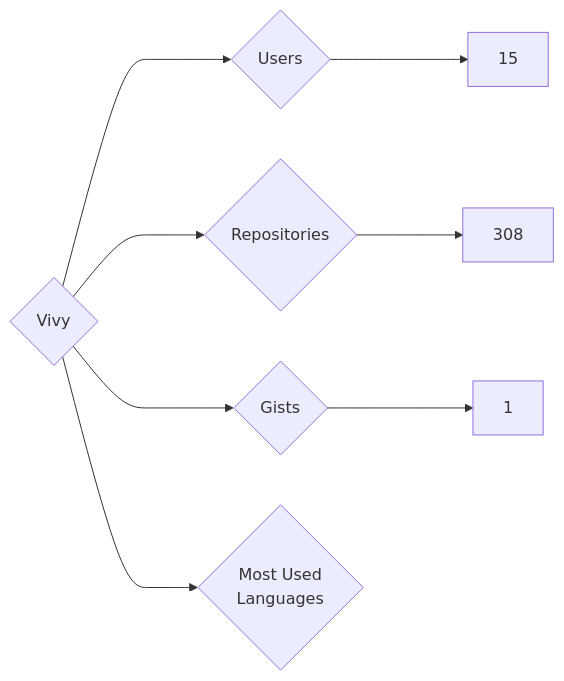
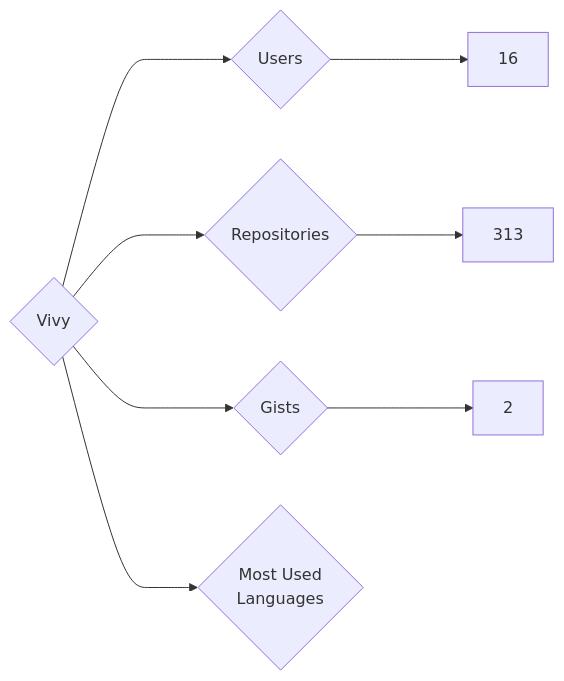
One commit to nenadzaric/insiders changed the diagram in targets/Vivy/README.md. Above: the diagram before and after it, drawn with Mermaid. The commit also changed 1342 other files, not shown here.

````diff
--- a/targets/Vivy/README.md
+++ b/targets/Vivy/README.md
@@ -3,8 +3,8 @@
 ```mermaid
 graph LR
 COMPANY_NAME{Vivy}
-COMPANY_NAME ---> U{Users} ---> UN[15]
-COMPANY_NAME ---> R{Repositories} ---> RN[308]
-COMPANY_NAME ---> G{Gists} ---> GN[1]
+COMPANY_NAME ---> U{Users} ---> UN[16]
+COMPANY_NAME ---> R{Repositories} ---> RN[313]
+COMPANY_NAME ---> G{Gists} ---> GN[2]
 COMPANY_NAME ---> ML{Most Used<br>Languages}
 ```
````
